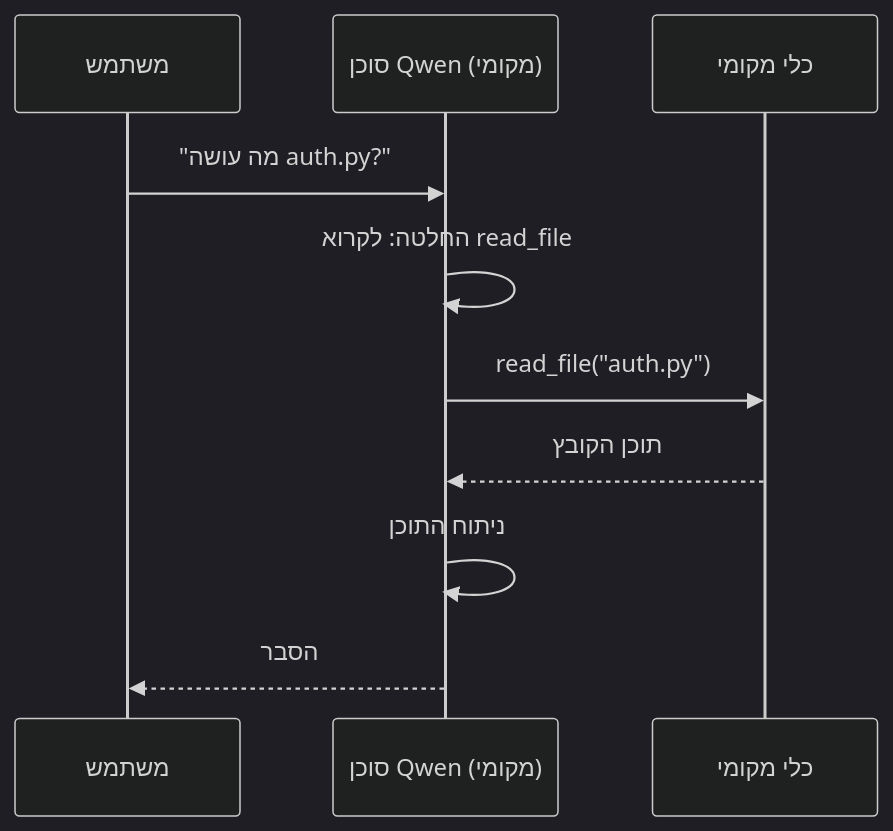
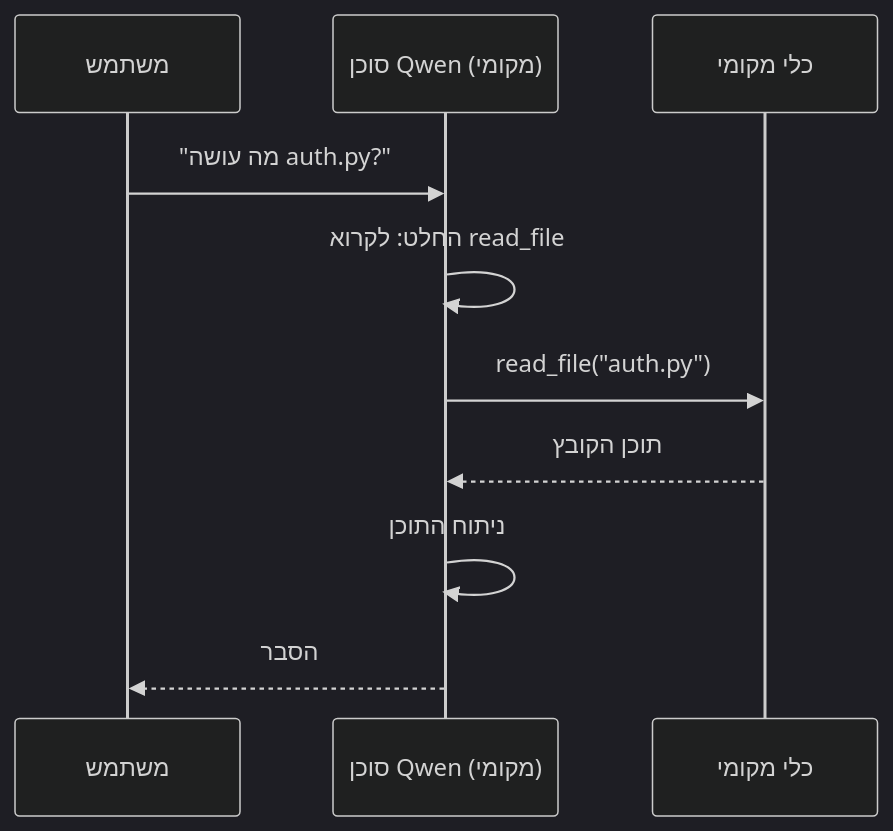
Before and after one commit to microsoft/ai-agents-for-beginners: the second of 4 diagrams in translations/he/17-creating-local-ai-agents/README.md, drawn with Mermaid (dark theme). The commit also changed other lines of this file and 47 other files, not shown here.

````diff
--- a/translations/he/17-creating-local-ai-agents/README.md
+++ b/translations/he/17-creating-local-ai-agents/README.md
@@ -106,12 +106,12 @@
 ```mermaid
 sequenceDiagram
     participant U as משתמש
     participant A as סוכן Qwen (מקומי)
     participant T as כלי מקומי
     U->>A: "מה עושה auth.py?"
-    A->>A: החלטה: לקרוא read_file
+    A->>A: החלט: לקרוא read_file
     A->>T: read_file("auth.py")
     T-->>A: תוכן הקובץ
     A->>A: ניתוח התוכן
     A-->>U: הסבר
 ```
````
